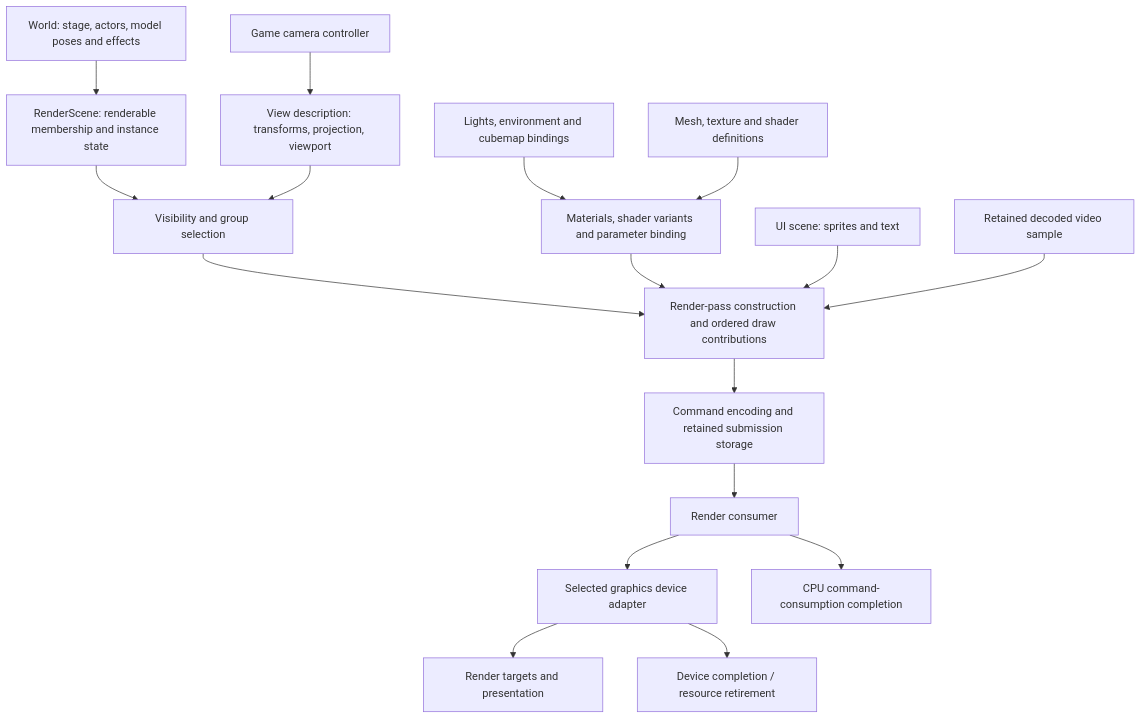
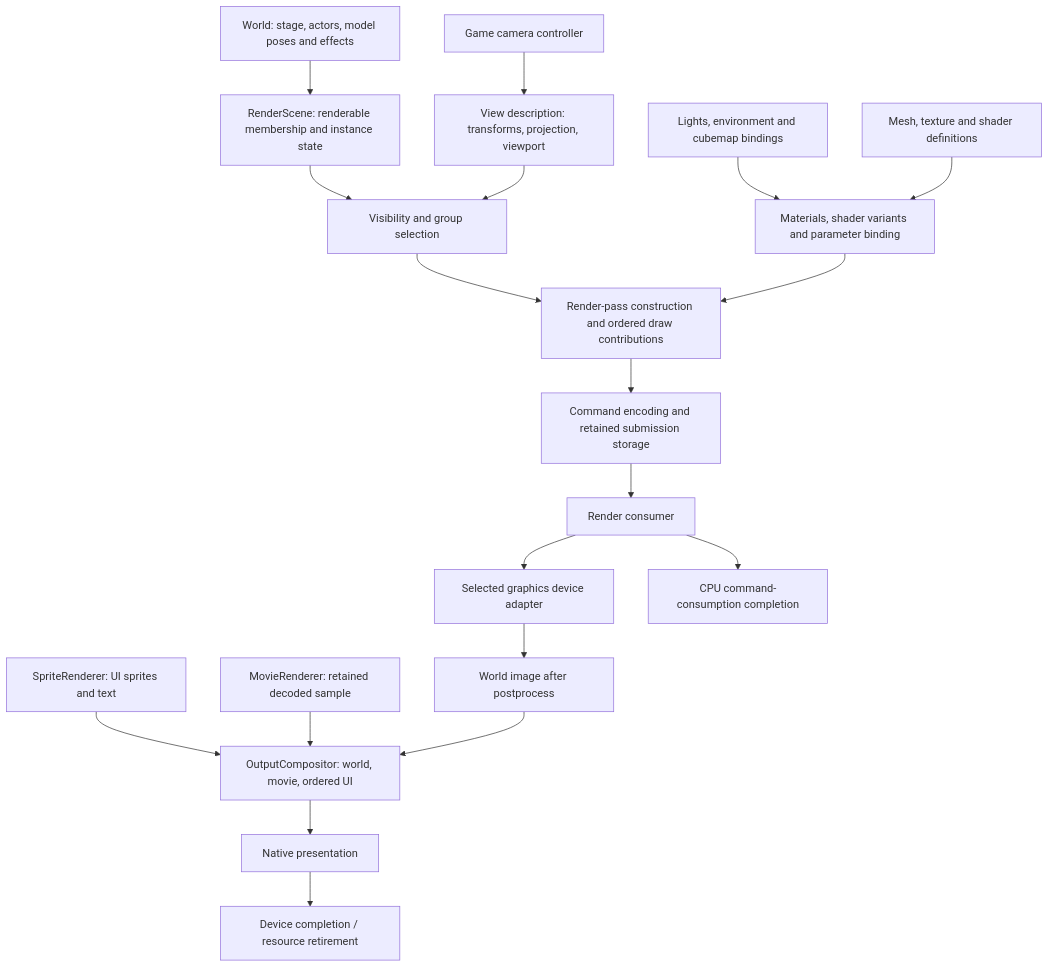
The first of 3 diagrams in docs/architecture/rendering-and-presentation.md (plainsight-systems/bullet-witch), drawn with Mermaid before and after one commit. The commit also changed other lines of this file and 28 other files, not shown here.

Commit message:
Separate scene lighting publication and native output composition

````diff
--- a/docs/architecture/rendering-and-presentation.md
+++ b/docs/architecture/rendering-and-presentation.md
@@ -68,19 +71,21 @@
 ```mermaid
 flowchart TD
     World["World: stage, actors, model poses and effects"] --> Scene["RenderScene: renderable membership and instance state"]
     Camera["Game camera controller"] --> View["View description: transforms, projection, viewport"]
     Scene --> Visibility["Visibility and group selection"]
     View --> Visibility
     Environment["Lights, environment and cubemap bindings"] --> Material["Materials, shader variants and parameter binding"]
     Assets["Mesh, texture and shader definitions"] --> Material
     Visibility --> Passes["Render-pass construction and ordered draw contributions"]
     Material --> Passes
-    UI["UI scene: sprites and text"] --> Passes
-    Video["Retained decoded video sample"] --> Passes
+    UI["SpriteRenderer: UI sprites and text"] --> Compose
+    Video["MovieRenderer: retained decoded sample"] --> Compose
     Passes --> Commands["Command encoding and retained submission storage"]
     Commands --> Consumer["Render consumer"]
     Consumer --> Device["Selected graphics device adapter"]
-    Device --> Output["Render targets and presentation"]
-    Device --> Completion["Device completion / resource retirement"]
+    Device --> WorldImage["World image after postprocess"]
+    WorldImage --> Compose["OutputCompositor: world, movie, ordered UI"]
+    Compose --> Output["Native presentation"]
+    Output --> Completion["Device completion / resource retirement"]
     Consumer --> CPU["CPU command-consumption completion"]
 ```
````
